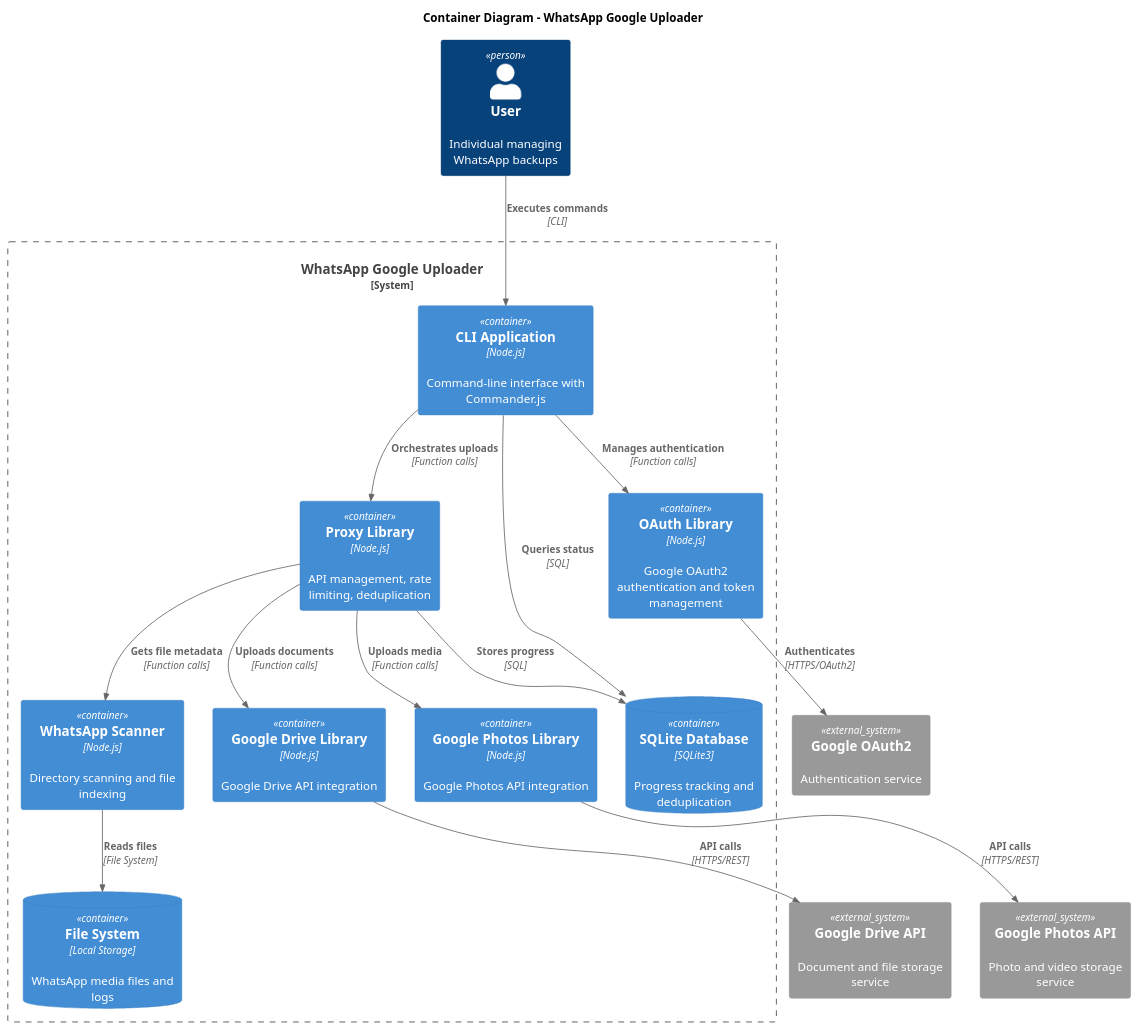
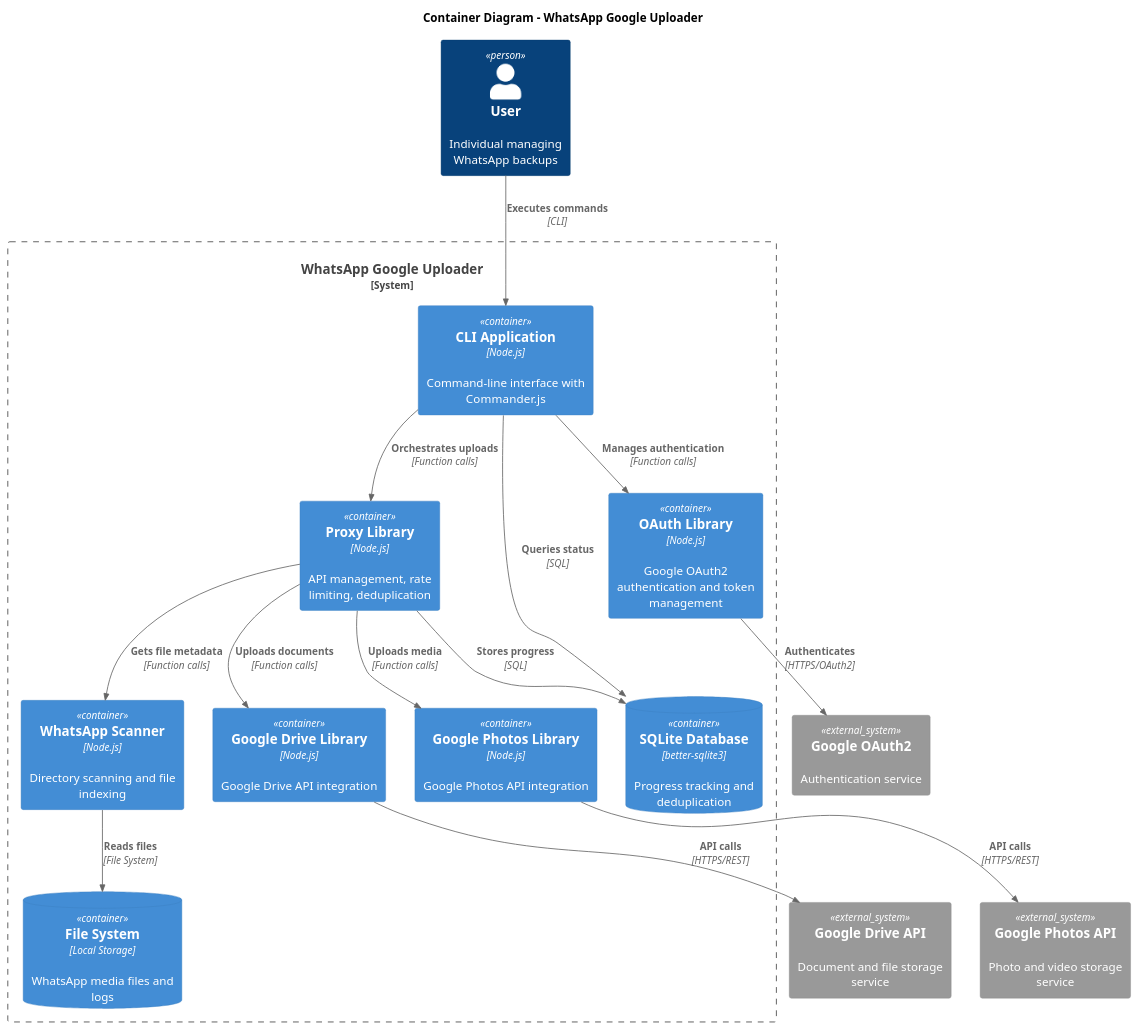
One commit to eduoda/whatsapp-google-uploader changed the second of 3 diagrams in memory-system/reference/architecture.md. Above: the diagram before and after it, drawn with PlantUML. The commit also changed other lines of this file and 17 other files, not shown here.

First line of the commit message:
feat(ai-architect-task-011): migrate from sqlite3 to better-sqlite3

````diff
--- a/memory-system/reference/architecture.md
+++ b/memory-system/reference/architecture.md
@@ -98,38 +98,38 @@
 ```plantuml
 @startuml C2_Container
 !include <C4/C4_Container>
 
 title Container Diagram - WhatsApp Google Uploader
 
 Person(user, "User", "Individual managing WhatsApp backups")
 
 System_Boundary(uploader, "WhatsApp Google Uploader") {
     Container(cli, "CLI Application", "Node.js", "Command-line interface with Commander.js")
     Container(oauth, "OAuth Library", "Node.js", "Google OAuth2 authentication and token management")
     Container(drive, "Google Drive Library", "Node.js", "Google Drive API integration")
     Container(photos, "Google Photos Library", "Node.js", "Google Photos API integration")
     Container(proxy, "Proxy Library", "Node.js", "API management, rate limiting, deduplication")
     Container(scanner, "WhatsApp Scanner", "Node.js", "Directory scanning and file indexing")
-    ContainerDb(database, "SQLite Database", "SQLite3", "Progress tracking and deduplication")
+    ContainerDb(database, "SQLite Database", "better-sqlite3", "Progress tracking and deduplication")
     ContainerDb(filesystem, "File System", "Local Storage", "WhatsApp media files and logs")
 }
 
 System_Ext(googlephotos, "Google Photos API", "Photo and video storage service")
 System_Ext(googledrive, "Google Drive API", "Document and file storage service")
 System_Ext(googleauth, "Google OAuth2", "Authentication service")
 
 Rel(user, cli, "Executes commands", "CLI")
 Rel(cli, oauth, "Manages authentication", "Function calls")
 Rel(cli, proxy, "Orchestrates uploads", "Function calls")
 Rel(proxy, drive, "Uploads documents", "Function calls")
 Rel(proxy, photos, "Uploads media", "Function calls")
 Rel(proxy, scanner, "Gets file metadata", "Function calls")
 Rel(oauth, googleauth, "Authenticates", "HTTPS/OAuth2")
 Rel(drive, googledrive, "API calls", "HTTPS/REST")
 Rel(photos, googlephotos, "API calls", "HTTPS/REST")
 Rel(scanner, filesystem, "Reads files", "File System")
 Rel(proxy, database, "Stores progress", "SQL")
 Rel(cli, database, "Queries status", "SQL")
 
 @enduml
 ```
````
